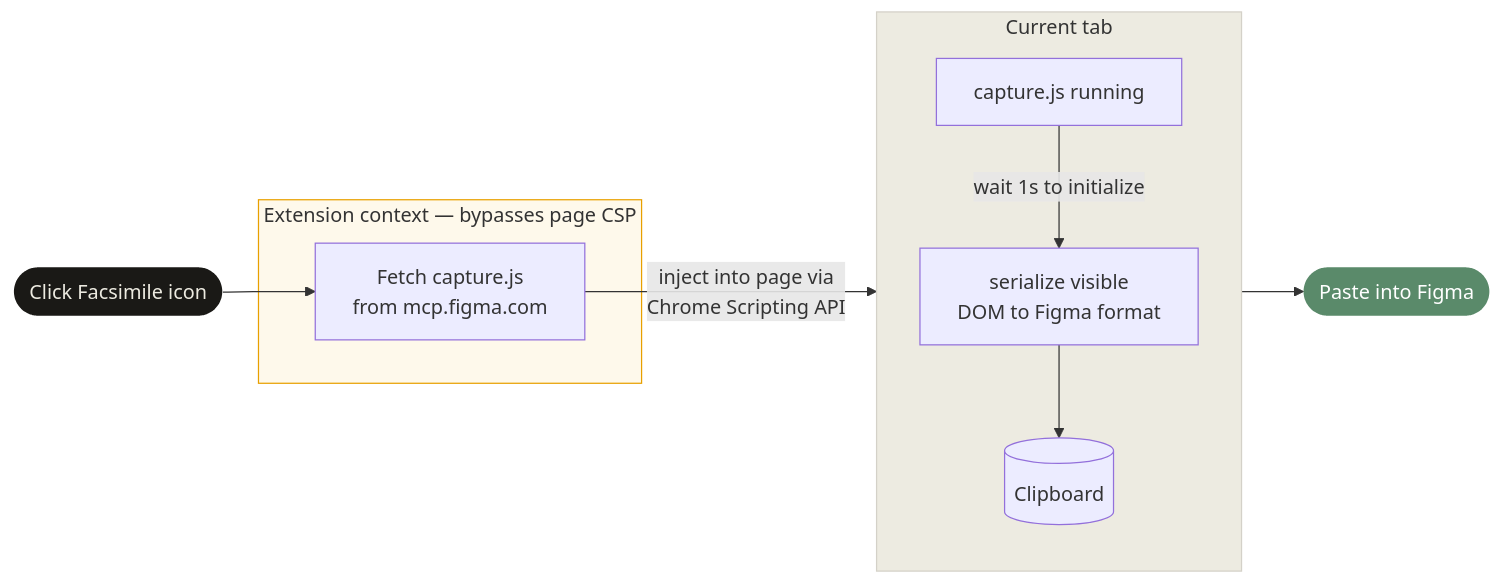
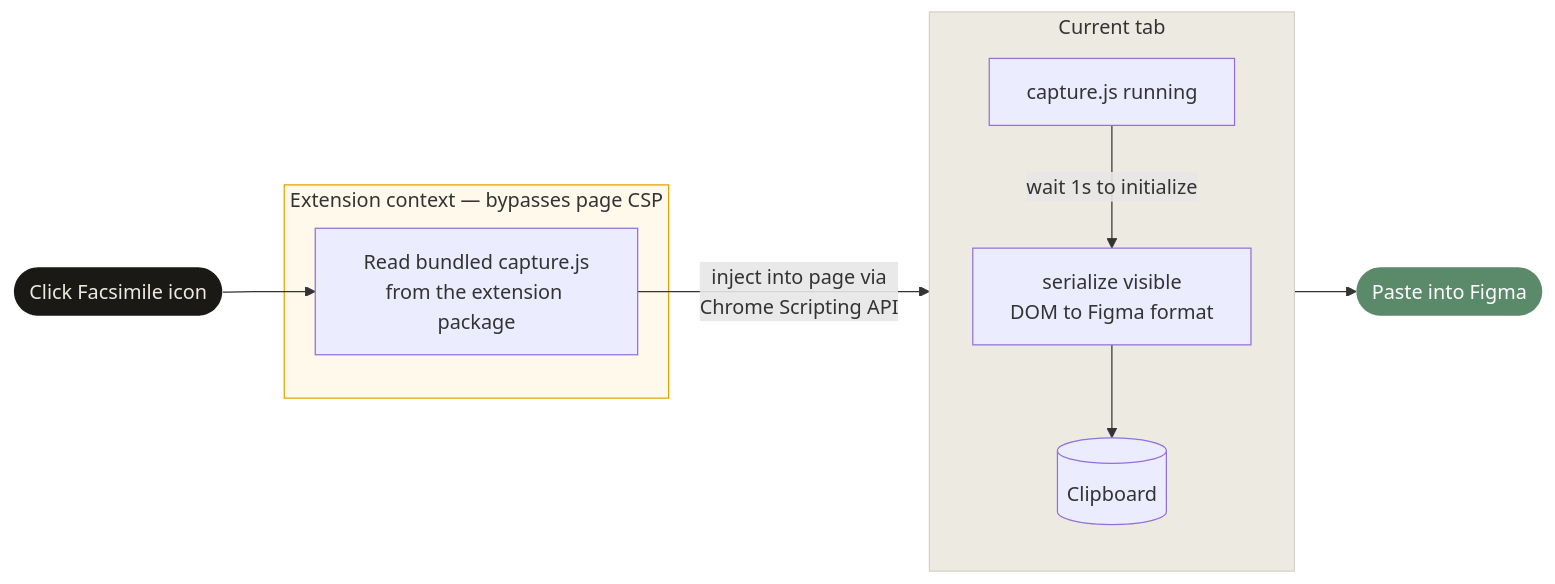
The diagram in README.md (artisticmedic/url-to-figma), drawn with Mermaid before and after one commit. The commit also changed other lines of this file and 5 other files, not shown here.

````diff
--- a/README.md
+++ b/README.md
@@ -94,28 +97,28 @@
 ```mermaid
 flowchart LR
     A([Click Facsimile icon])
 
     A --> B
 
     subgraph ext ["Extension context — bypasses page CSP"]
-        B["Fetch capture.js\nfrom mcp.figma.com"]
+        B["Read bundled capture.js\nfrom the extension package"]
     end
 
     B -->|"inject into page via\nChrome Scripting API"| C
 
     subgraph tab ["Current tab"]
         direction TB
         C["capture.js running"]
         C -->|"wait 1s to initialize"| D["serialize visible\nDOM to Figma format"]
         D --> G[("Clipboard")]
     end
 
     G --> H([Paste into Figma])
 
     classDef accent fill:#1a1916,stroke:none,color:#edebe1
     classDef done fill:#5a8a6a,stroke:none,color:#fff
     class A accent
     class H done
     style ext fill:#fef9eb,stroke:#e8a000
     style tab fill:#edebe1,stroke:#d4d1c8
 ```
````
